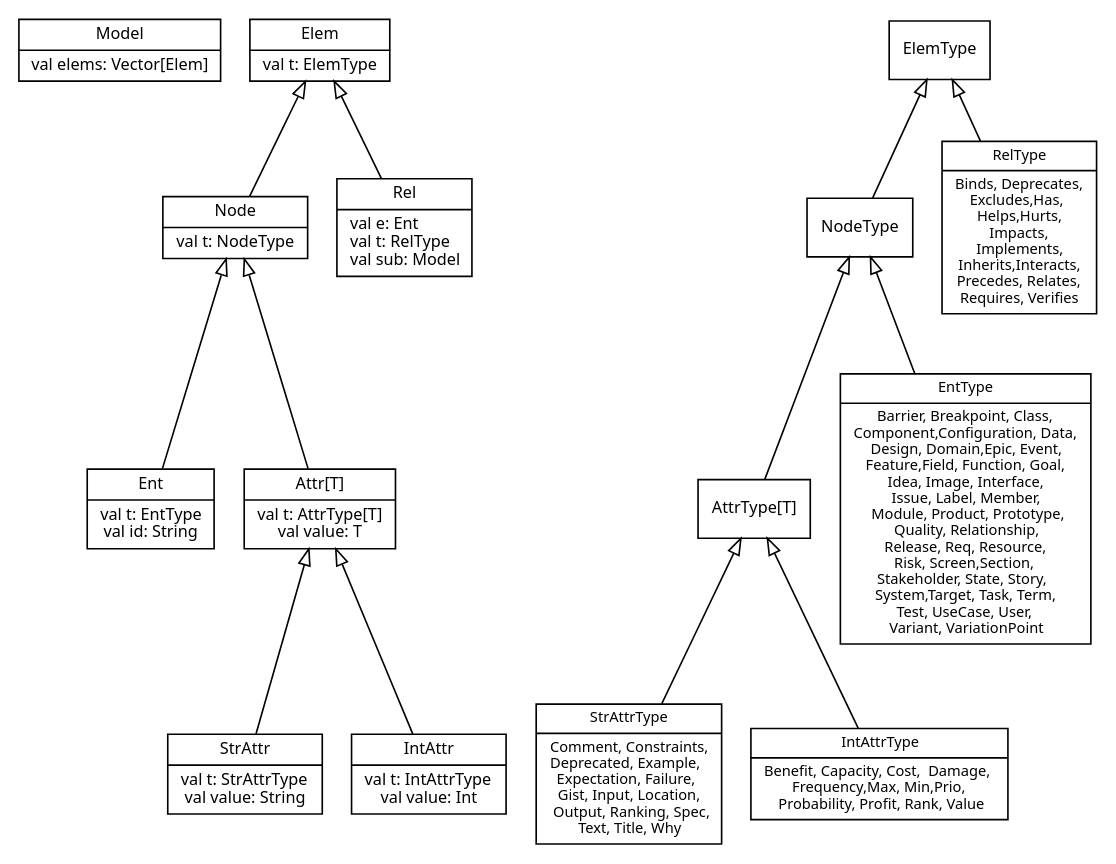
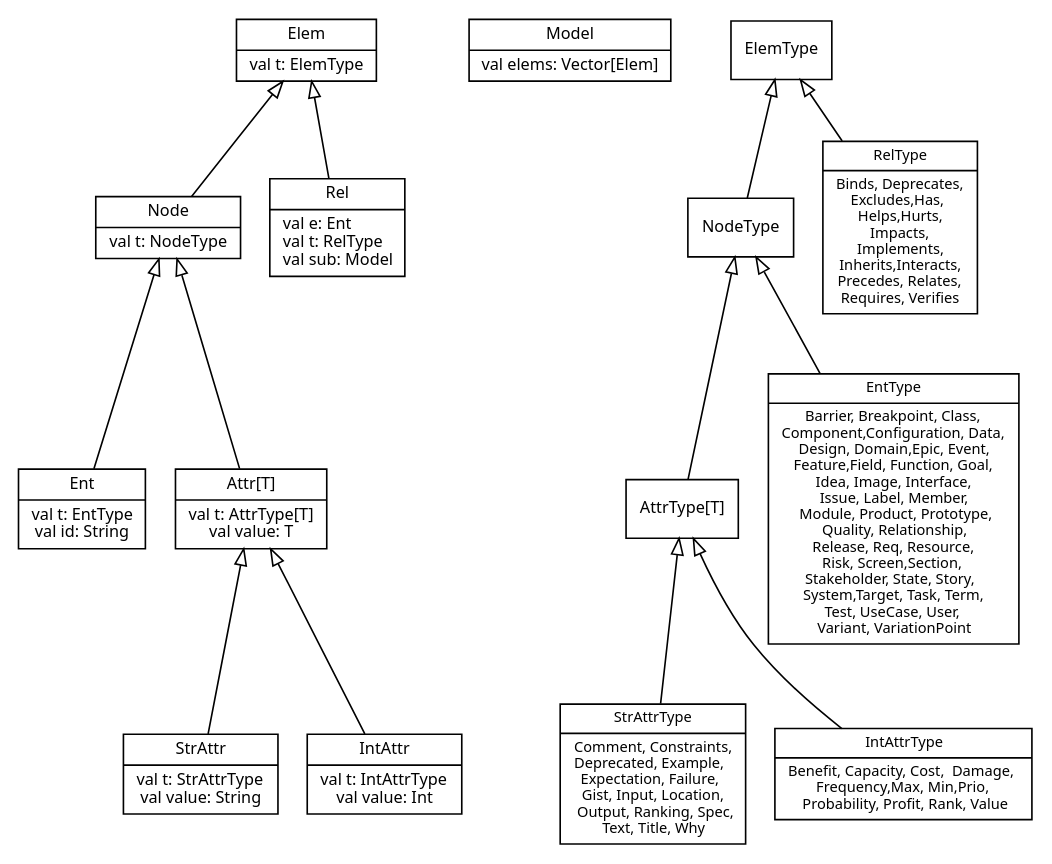
The diagram in metamodel-hierarchy.dot (reqT/reqT-lang), drawn with Graphviz before and after one commit.

Commit message:
tweak metamodel hierarchy

```diff
--- a/metamodel-hierarchy.dot
+++ b/metamodel-hierarchy.dot
@@ -1,70 +1,70 @@
 digraph G { /* dot -T pdf -o metamodel.pdf metamodel.dot */
   fontname = "Sans"
   fontsize = 10
   rankdir = "BT"
   ordering = "out"
   nojustify = true
 
   node [
     fontname = "Sans"
     fontsize = 10
     shape = "record"
   ]
 
   edge [
     arrowhead = "empty"
   ]
  
-  { rank = same;  Model; Elem; ElemType;}
+  { rank = same;  Elem; Model; ElemType;}
   { rank = same; Node_; Rel; }
   { rank = same;  Ent; Attr;  AttrType; }
 
   Model [label = "{Model|val elems: Vector[Elem]}" constraint=false]
   Node_ [label = "{Node|val t: NodeType}"]
   Ent [label = "{Ent|val t: EntType\lval id: String}"]
   Rel [label = "{Rel|val e: Ent\lval t: RelType\lval sub: Model\l }"]
   Attr [label = "{Attr[T]|val t: AttrType[T]\lval value: T}"]
   StrAttr [label = "{StrAttr|val t: StrAttrType\lval value: String}"]
   IntAttr [label = "{IntAttr|val t: IntAttrType\lval value: Int}"]
 
   Elem [label = "{Elem|val t: ElemType}"]
   NodeType [label = "{NodeType}"]
 
   EntType[label = <{EntType|Barrier, Breakpoint, Class,<BR/> Component,Configuration, Data,<BR/>Design, Domain,Epic, Event,<BR/> Feature,Field, Function, Goal,<BR/>Idea, Image, Interface,<BR/>Issue, Label, Member,<BR/>Module, Product, Prototype,<BR/>Quality, Relationship,<BR/>Release, Req, Resource,<BR/>Risk, Screen,Section, <BR/> Stakeholder, State, Story, <BR/>  System,Target, Task, Term,<BR/>Test, UseCase, User,<BR/>Variant, VariationPoint}> fontsize = 9]
 
   AttrType [label = "{AttrType[T]}"]
 
   StrAttrType [fontsize = 9 label = <{StrAttrType|Comment, Constraints,<BR/> Deprecated, Example, <BR/> Expectation, Failure, <BR/>  Gist, Input, Location, <BR/>  Output, Ranking, Spec,<BR/>  Text, Title, Why}>]
 
   IntAttrType [fontsize = 9 label = <{IntAttrType|Benefit, Capacity, Cost,  Damage, <BR/>  Frequency,Max, Min,Prio, <BR/>  Probability, Profit, Rank, Value}>]
 
   RelType[label = <{RelType|Binds, Deprecates,<BR/> Excludes,Has,<BR/>Helps,Hurts,<BR/>Impacts,<BR/>Implements,<BR/>Inherits,Interacts,<BR/>Precedes, Relates,<BR/>Requires, Verifies}> fontsize = 9]
 
   Node_ -> Elem
   Rel -> Elem
   Ent -> Node_
   Attr -> Node_
   StrAttr -> Attr
   IntAttr -> Attr
 
   
   AttrType -> NodeType
   StrAttrType -> AttrType
   IntAttrType -> AttrType
 
   NodeType -> ElemType
   EntType -> NodeType
   RelType -> ElemType
 
 
 
 /*  Goal -> EntType
   Feature -> EntType
   Function -> EntType
   Data -> EntType
   OtherEnts -> EntType
   OtherEnts [ label = "..."; shape = "none"]
 
   has -> RelType
 */
 }
```
